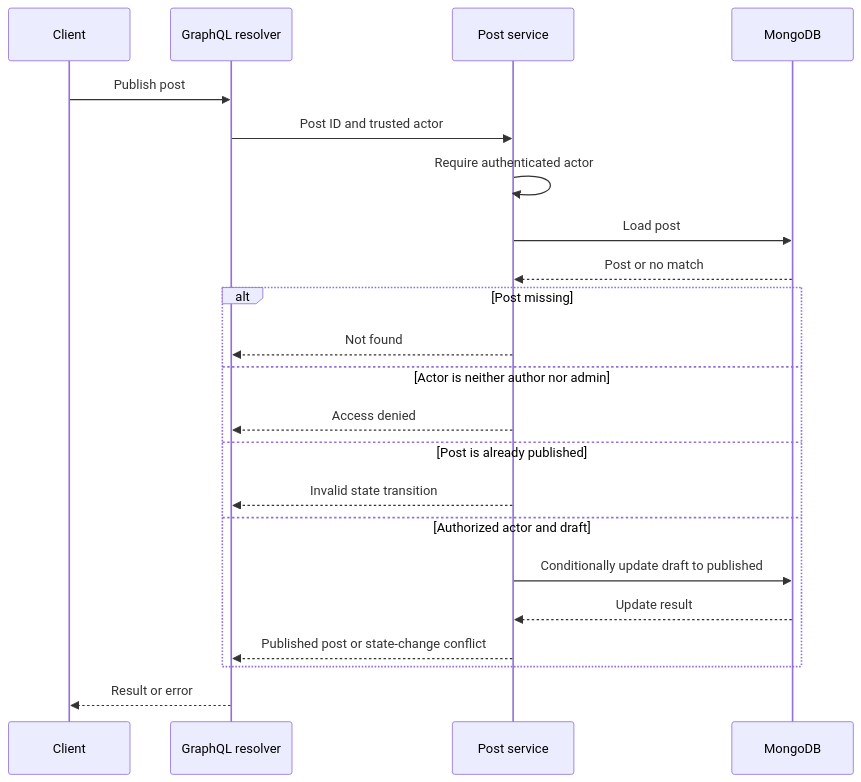
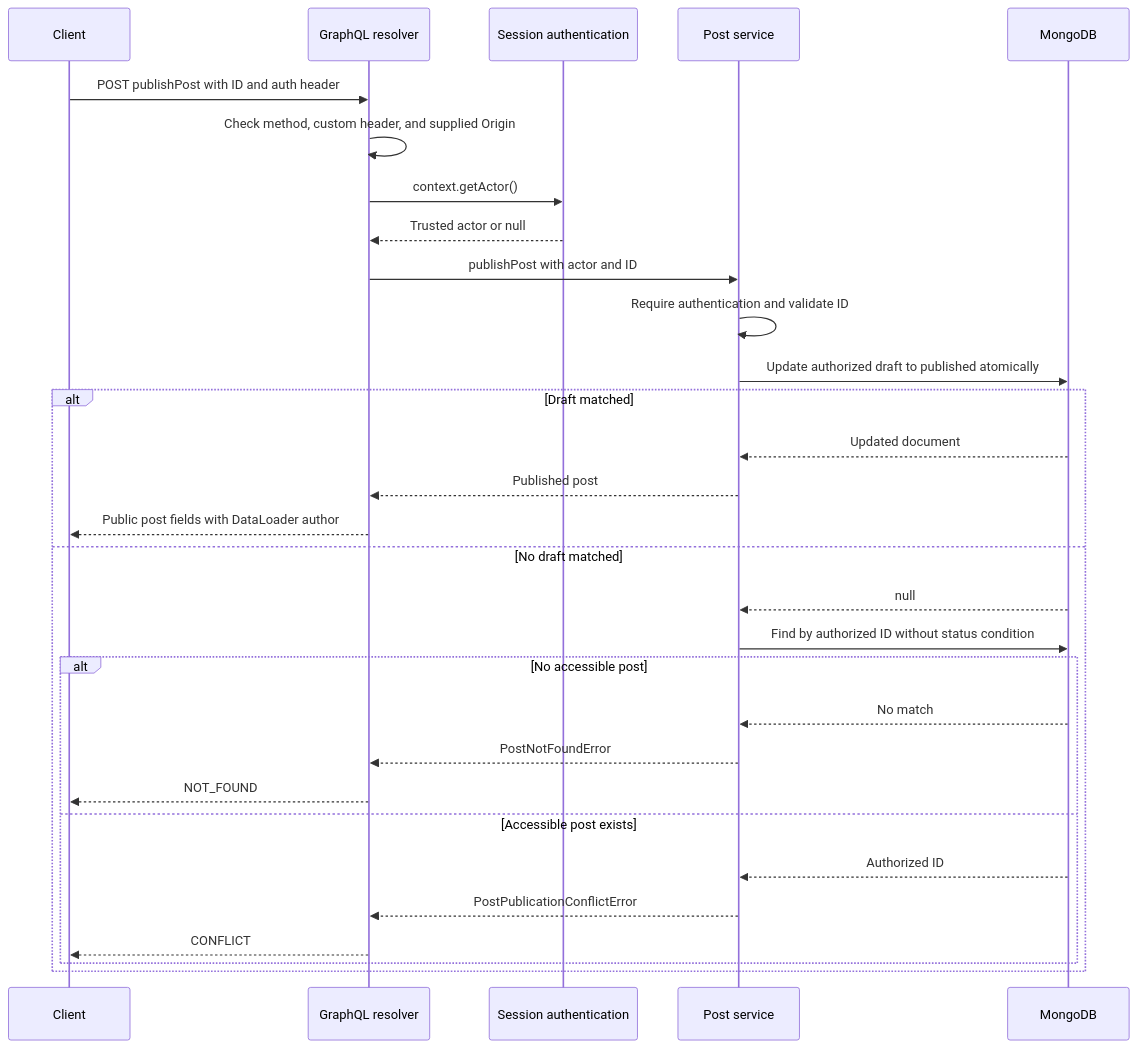
The fifth of 7 diagrams in docs/authorization.md (aruprakshit/GraphQL-Engineering-Lab), drawn with Mermaid before and after one commit. The commit also changed other lines of this file, not shown here.

Commit message:
Document authorized publication and concurrency behavior

````diff
--- a/docs/authorization.md
+++ b/docs/authorization.md
@@ -452,27 +455,33 @@
 ```mermaid
 sequenceDiagram
     participant C as Client
     participant G as GraphQL resolver
+    participant A as Session authentication
     participant S as Post service
     participant D as MongoDB
 
-    C->>G: Publish post
-    G->>S: Post ID and trusted actor
-    S->>S: Require authenticated actor
-    S->>D: Load post
-    D-->>S: Post or no match
-
-    alt Post missing
-        S-->>G: Not found
-    else Actor is neither author nor admin
-        S-->>G: Access denied
-    else Post is already published
-        S-->>G: Invalid state transition
-    else Authorized actor and draft
-        S->>D: Conditionally update draft to published
-        D-->>S: Update result
-        S-->>G: Published post or state-change conflict
+    C->>G: POST publishPost with ID and auth header
+    G->>G: Check method, custom header, and supplied Origin
+    G->>A: context.getActor()
+    A-->>G: Trusted actor or null
+    G->>S: publishPost with actor and ID
+    S->>S: Require authentication and validate ID
+    S->>D: Update authorized draft to published atomically
+    alt Draft matched
+        D-->>S: Updated document
+        S-->>G: Published post
+        G-->>C: Public post fields with DataLoader author
+    else No draft matched
+        D-->>S: null
+        S->>D: Find by authorized ID without status condition
+        alt No accessible post
+            D-->>S: No match
+            S-->>G: PostNotFoundError
+            G-->>C: NOT_FOUND
+        else Accessible post exists
+            D-->>S: Authorized ID
+            S-->>G: PostPublicationConflictError
+            G-->>C: CONFLICT
+        end
     end
-
-    G-->>C: Result or error
 ```
````
